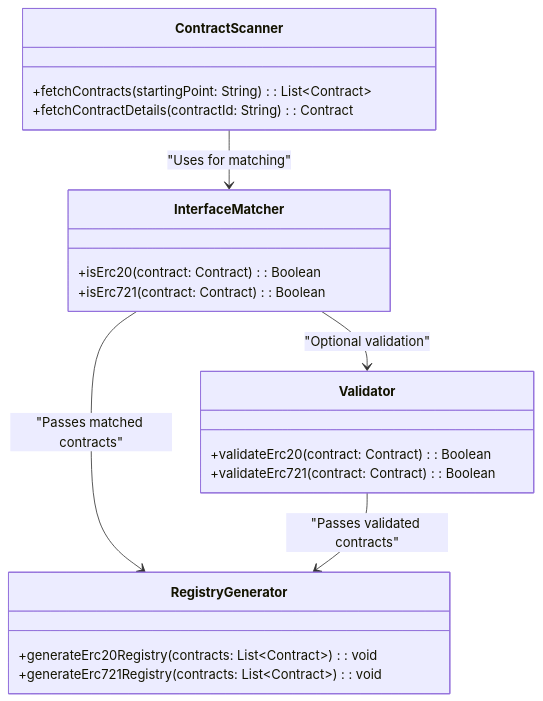
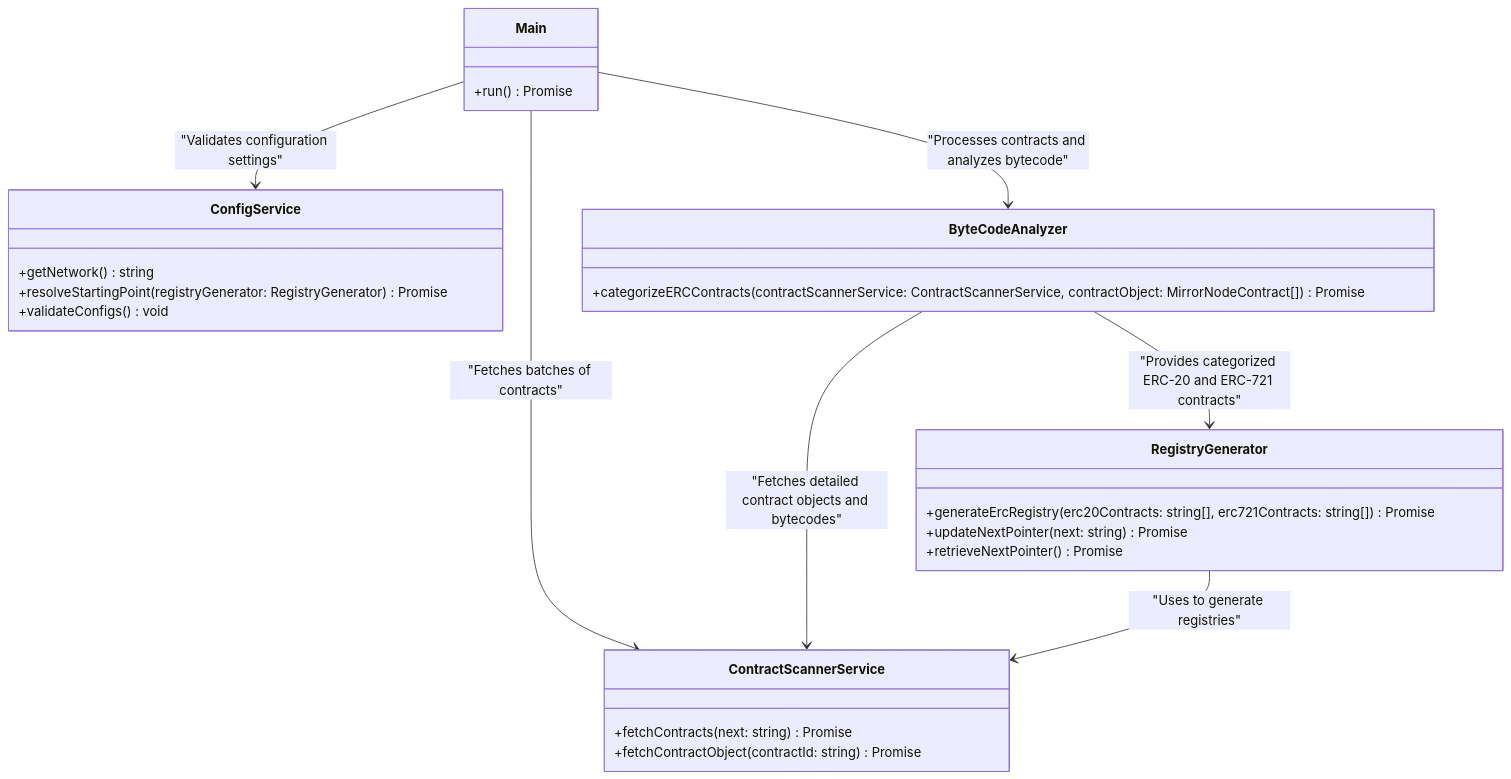
One commit to ShelbyPreston7931MelanieJenkins/hedera-smart-contracts changed the diagram in tools/erc-repository-indexer/docs/registry_design.md. Above: the diagram before and after it, drawn with Mermaid. The commit also changed 5 other files, not shown here.

First line of the commit message:
feat: added a main runner class as the entry point for the indexing tool (#1058)

````diff
--- a/tools/erc-repository-indexer/docs/registry_design.md
+++ b/tools/erc-repository-indexer/docs/registry_design.md
@@ -60,28 +60,35 @@
 ```mermaid
 classDiagram
-    class ContractScanner {
-        +fetchContracts(startingPoint: String): List~Contract~
-        +fetchContractDetails(contractId: String): Contract
+    class Main {
+        +run() Promise<void>
     }
 
-    class InterfaceMatcher {
-        +isErc20(contract: Contract): Boolean
-        +isErc721(contract: Contract): Boolean
+    class ConfigService {
+        +getNetwork() string
+        +resolveStartingPoint(registryGenerator: RegistryGenerator) Promise<string>
+        +validateConfigs() void
     }
 
-    class Validator {
-        +validateErc20(contract: Contract): Boolean
-        +validateErc721(contract: Contract): Boolean
+    class ByteCodeAnalyzer {
+        +categorizeERCContracts(contractScannerService: ContractScannerService, contractObject: MirrorNodeContract[]) Promise<string>
+    }
+
+    class ContractScannerService {
+        +fetchContracts(next: string) Promise<string>
+        +fetchContractObject(contractId: string) Promise<string>
     }
 
     class RegistryGenerator {
-        +generateErc20Registry(contracts: List~Contract~): void
-        +generateErc721Registry(contracts: List~Contract~): void
+        +generateErcRegistry(erc20Contracts: string[], erc721Contracts: string[]) Promise<void>
+        +updateNextPointer(next: string) Promise<void>
+        +retrieveNextPointer() Promise<string>
     }
 
-    ContractScanner --> InterfaceMatcher : "Uses for matching"
-    InterfaceMatcher --> Validator : "Optional validation"
-    InterfaceMatcher --> RegistryGenerator : "Passes matched contracts"
-    Validator --> RegistryGenerator : "Passes validated contracts"
+    Main --> ConfigService : "Validates configuration settings"
+    Main --> ContractScannerService : "Fetches batches of contracts"
+    Main --> ByteCodeAnalyzer : "Processes contracts and analyzes bytecode"
+    ByteCodeAnalyzer --> ContractScannerService : "Fetches detailed contract objects and bytecodes"
+    ByteCodeAnalyzer --> RegistryGenerator : "Provides categorized ERC-20 and ERC-721 contracts"
+    RegistryGenerator --> ContractScannerService : "Uses to generate registries"
 
 ```
````
